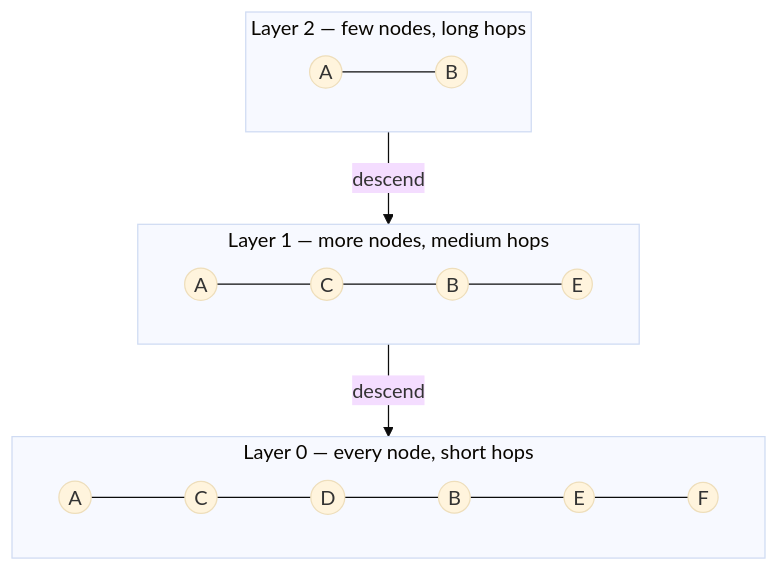
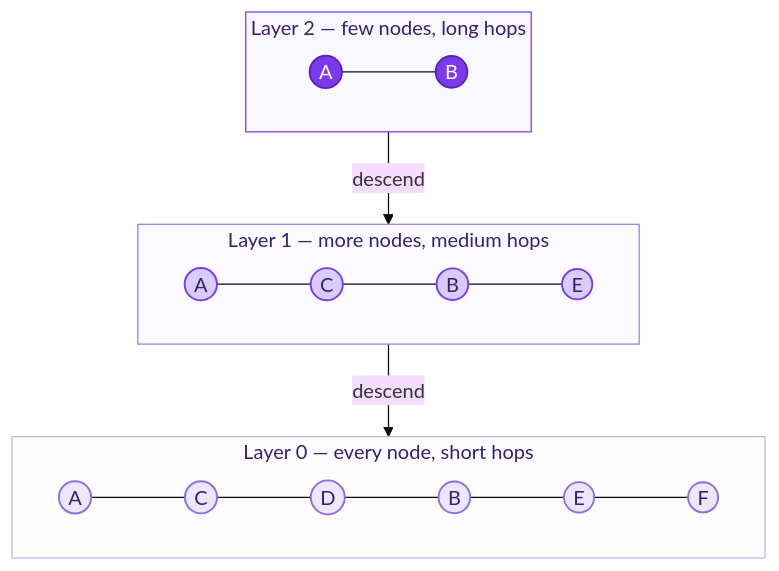
The third of 9 diagrams in BOOK.md (cosmos-dx/broccolisearch), drawn with Mermaid (base theme) before and after one commit. The commit also changed other lines of this file and 4 other files, not shown here.

````diff
--- a/BOOK.md
+++ b/BOOK.md
@@ -709,14 +701,24 @@
 ```mermaid
 flowchart TB
     subgraph L2["Layer 2 — few nodes, long hops"]
         a2((A)) --- b2((B))
     end
     subgraph L1["Layer 1 — more nodes, medium hops"]
         a1((A)) --- c1((C)) --- b1((B)) --- e1((E))
     end
     subgraph L0["Layer 0 — every node, short hops"]
         a0((A)) --- c0((C)) --- d0((D)) --- b0((B)) --- e0((E)) --- f0((F))
     end
     L2 -->|descend| L1
     L1 -->|descend| L0
+
+    classDef top fill:#7c3aed,stroke:#5b21b6,stroke-width:1.5px,color:#ffffff
+    classDef mid fill:#d8ccfa,stroke:#7c3aed,stroke-width:1.5px,color:#3b1f6e
+    classDef bot fill:#ece7fb,stroke:#8b6ee0,stroke-width:1.5px,color:#3b1f6e
+    class a2,b2 top
+    class a1,c1,b1,e1 mid
+    class a0,c0,d0,b0,e0,f0 bot
+    style L2 fill:#faf8ff,stroke:#7c3aed,color:#3b1f6e
+    style L1 fill:#fbfaff,stroke:#9b7ce6,color:#3b1f6e
+    style L0 fill:#fdfcff,stroke:#c3b3f0,color:#3b1f6e
 ```
````
